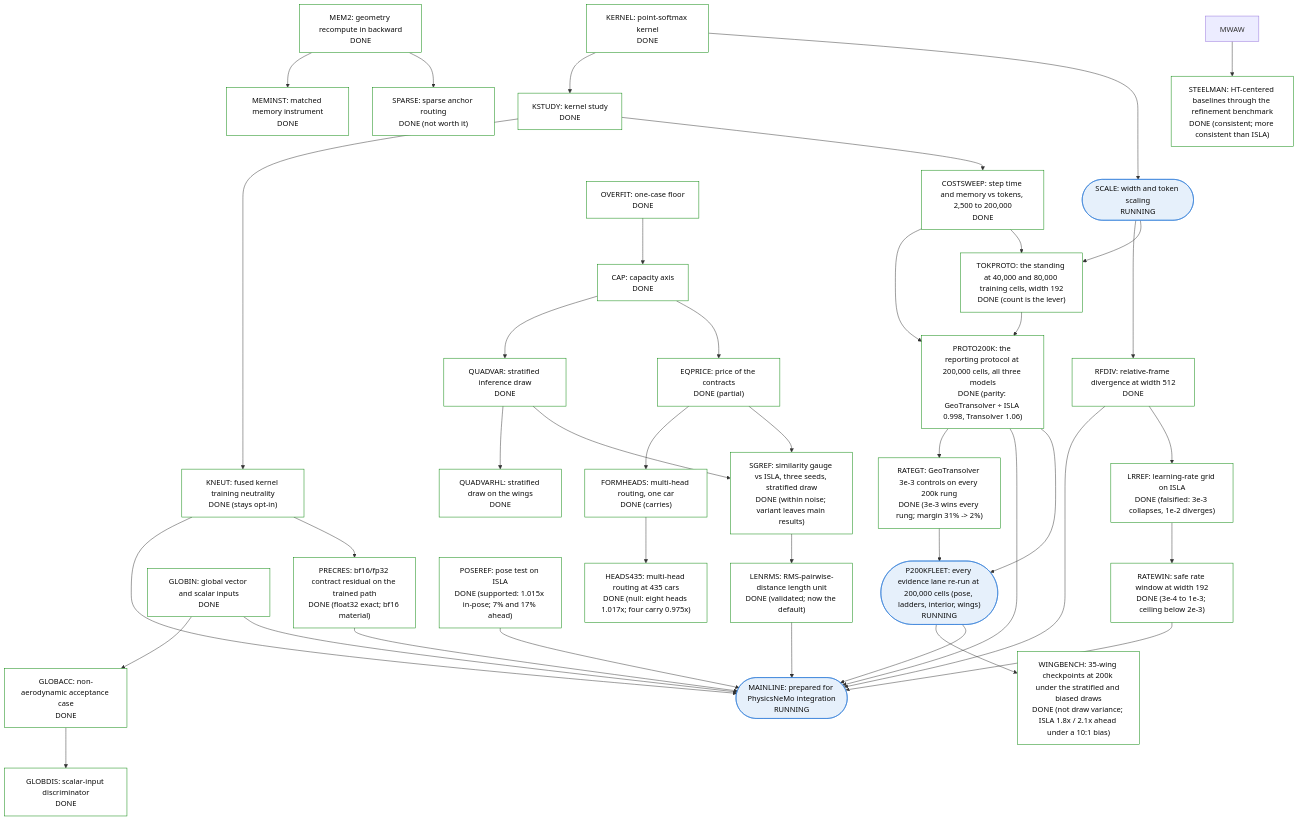
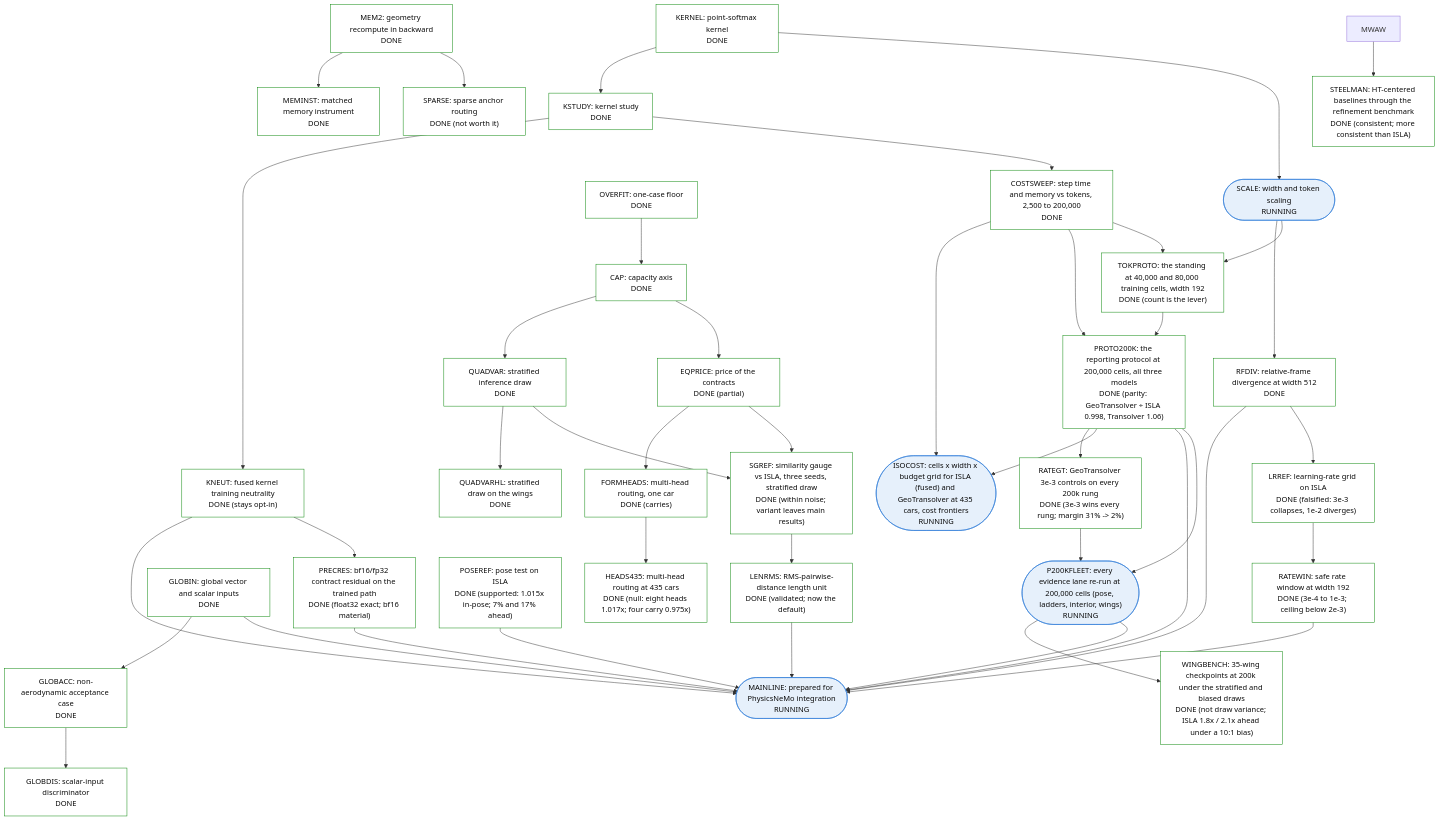
The fifth of 5 diagrams in examples/cfd/mesh_transformer/book/13-program-status.qmd (peterdsharpe/physicsnemo), drawn with Mermaid before and after one commit. The commit also changed other lines of this file and 1 other file, not shown here.

Commit message:
Preregistration ISO-COST: error as a joint function of cells per case (100k, 200k, 400k) and width (default and 2x) for ISLA with the fused kernel and GeoTransolver, Transolver on the cells axis, plus 1000-epoch budget controls, at 435 DrivAerML cars; bars on the cells exponent, the iso-memory and iso-time frontiers, width and budget; 36 lanes; ledger node

```diff
--- a/examples/cfd/mesh_transformer/book/13-program-status.qmd
+++ b/examples/cfd/mesh_transformer/book/13-program-status.qmd
@@ -312,6 +312,7 @@
     POSEREF["POSEREF: pose test on ISLA<br/>DONE (supported: 1.015x in-pose; 7% and 17% ahead)"]:::done
     LRREF["LRREF: learning-rate grid on ISLA<br/>DONE (falsified: 3e-3 collapses, 1e-2 diverges)"]:::done
     RATEWIN["RATEWIN: safe rate window at width 192<br/>DONE (3e-4 to 1e-3; ceiling below 2e-3)"]:::done
+    ISOCOST(["ISOCOST: cells x width x budget grid for ISLA (fused) and GeoTransolver at 435 cars, cost frontiers<br/>RUNNING"]):::running
     WINGBENCH["WINGBENCH: 35-wing checkpoints at 200k under the stratified and biased draws<br/>DONE (not draw variance; ISLA 1.8x / 2.1x ahead under a 10:1 bias)"]:::done
     RATEGT["RATEGT: GeoTransolver 3e-3 controls on every 200k rung<br/>DONE (3e-3 wins every rung; margin 31% -> 2%)"]:::done
     LENRMS["LENRMS: RMS-pairwise-distance length unit<br/>DONE (validated; now the default)"]:::done
@@ -347,6 +348,8 @@
     PROTO200K --> RATEGT
     RATEGT --> P200KFLEET
     P200KFLEET --> WINGBENCH
+    PROTO200K --> ISOCOST
+    COSTSWEEP --> ISOCOST
     RATEWIN --> MAINLINE
     SGREF --> LENRMS
     LENRMS --> MAINLINE
```
